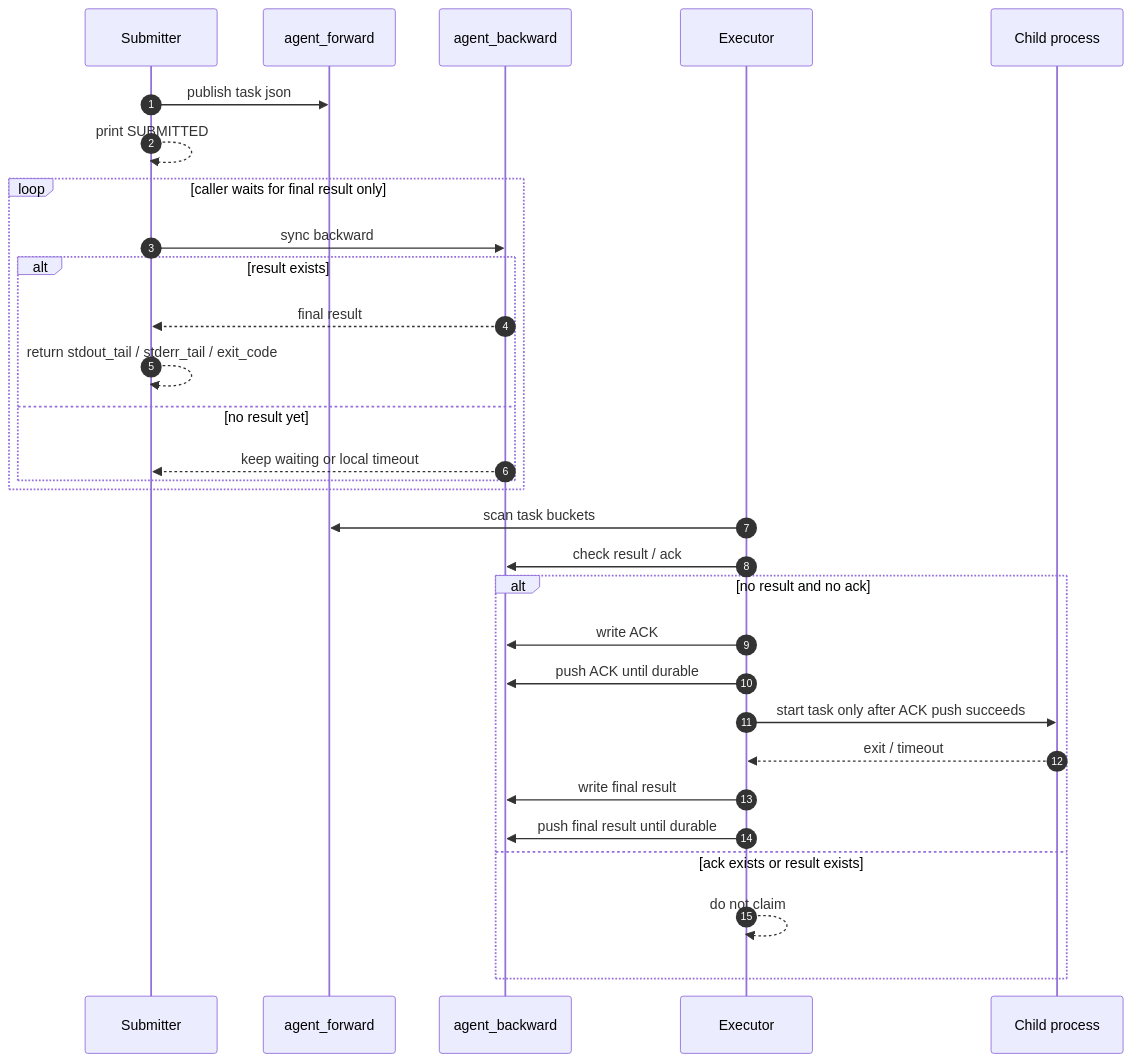
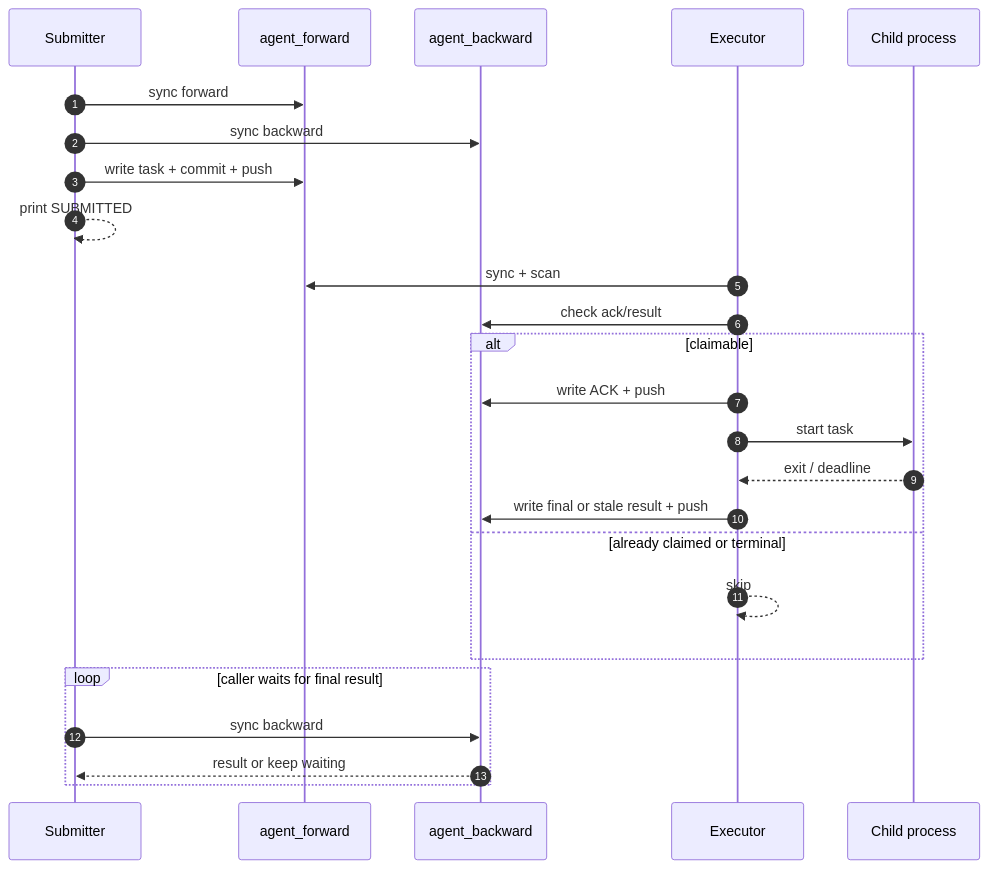
Before and after one commit to hyjack-00/AgentExecTunnel: the first of 3 diagrams in DESIGN.md, drawn with Mermaid. The commit also changed other lines of this file and 12 other files, not shown here.

````diff
--- a/DESIGN.md
+++ b/DESIGN.md
@@ -273,35 +118,30 @@
 ```mermaid
 sequenceDiagram
     autonumber
     participant S as Submitter
     participant F as agent_forward
     participant B as agent_backward
     participant E as Executor
     participant P as Child process
 
-    S->>F: publish task json
+    S->>F: sync forward
+    S->>B: sync backward
+    S->>F: write task + commit + push
     S-->>S: print SUBMITTED
 
-    loop caller waits for final result only
-        S->>B: sync backward
-        alt result exists
-            B-->>S: final result
-            S-->>S: return stdout_tail / stderr_tail / exit_code
-        else no result yet
-            B-->>S: keep waiting or local timeout
-        end
+    E->>F: sync + scan
+    E->>B: check ack/result
+    alt claimable
+        E->>B: write ACK + push
+        E->>P: start task
+        P-->>E: exit / deadline
+        E->>B: write final or stale result + push
+    else already claimed or terminal
+        E-->>E: skip
     end
 
-    E->>F: scan task buckets
-    E->>B: check result / ack
-    alt no result and no ack
-        E->>B: write ACK
-        E->>B: push ACK until durable
-        E->>P: start task only after ACK push succeeds
-        P-->>E: exit / timeout
-        E->>B: write final result
-        E->>B: push final result until durable
-    else ack exists or result exists
-        E-->>E: do not claim
+    loop caller waits for final result
+        S->>B: sync backward
+        B-->>S: result or keep waiting
     end
 ```
````
